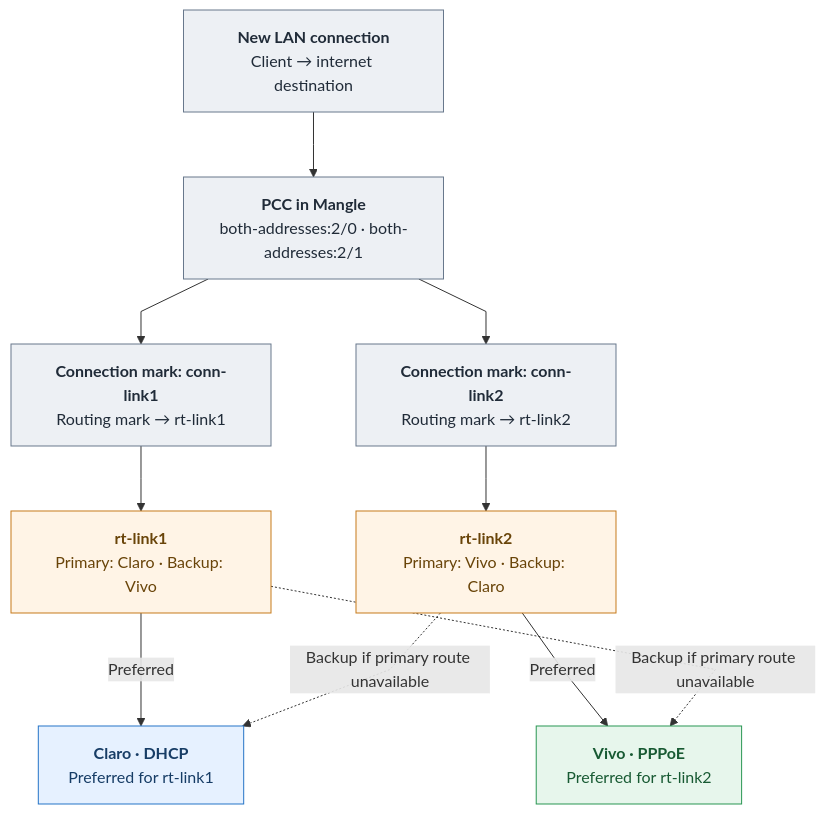
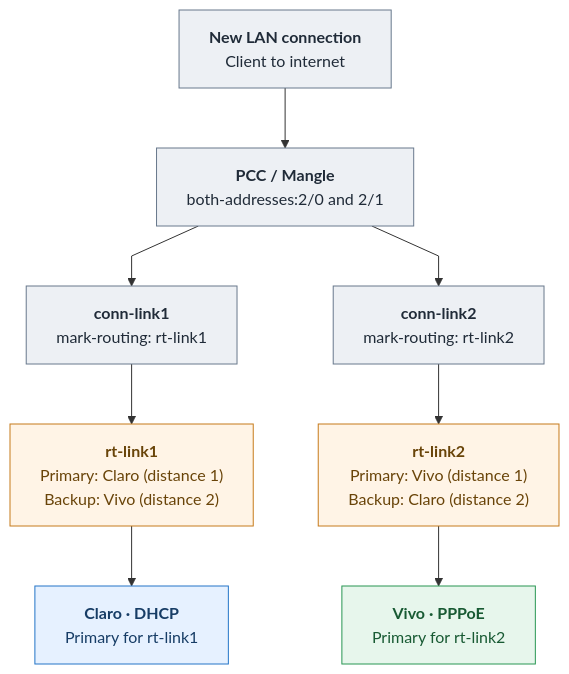
The diagram in docs/mermaid-pcc-failover-preview.md (london36/mikrotik-dualwan-pcc-failover-monitoring), drawn with Mermaid before and after one commit. The commit also changed other lines of this file, not shown here.

Commit message:
docs: simplify PCC failover Mermaid layout and remove crossing edges

````diff
--- a/docs/mermaid-pcc-failover-preview.md
+++ b/docs/mermaid-pcc-failover-preview.md
@@ -5,31 +5,32 @@
 ```mermaid
-%%{init: {"flowchart": {"minNodeWidth": 250, "nodeSpacing": 85, "rankSpacing": 65, "curve": "linear"}}}%%
+%%{init: {"flowchart": {"minNodeWidth": 230, "nodeSpacing": 65, "rankSpacing": 60, "curve": "linear"}}}%%
 flowchart TB
-    LAN["<b>New LAN connection</b><br/>Client → internet destination"]
-    PCC["<b>PCC in Mangle</b><br/>both-addresses:2/0 · both-addresses:2/1"]
-    A["<b>Connection mark: conn-link1</b><br/>Routing mark → rt-link1"]
-    B["<b>Connection mark: conn-link2</b><br/>Routing mark → rt-link2"]
-    R1["<b>rt-link1</b><br/>Primary: Claro · Backup: Vivo"]
-    R2["<b>rt-link2</b><br/>Primary: Vivo · Backup: Claro"]
-    C["<b>Claro · DHCP</b><br/>Preferred for rt-link1"]
-    V["<b>Vivo · PPPoE</b><br/>Preferred for rt-link2"]
+    LAN["<b>New LAN connection</b><br/>Client to internet"]
+    PCC["<b>PCC / Mangle</b><br/>both-addresses:2/0 and 2/1"]
+
+    A["<b>conn-link1</b><br/>mark-routing: rt-link1"]
+    B["<b>conn-link2</b><br/>mark-routing: rt-link2"]
+
+    R1["<b>rt-link1</b><br/>Primary: Claro (distance 1)<br/>Backup: Vivo (distance 2)"]
+    R2["<b>rt-link2</b><br/>Primary: Vivo (distance 1)<br/>Backup: Claro (distance 2)"]
+
+    C["<b>Claro · DHCP</b><br/>Primary for rt-link1"]
+    V["<b>Vivo · PPPoE</b><br/>Primary for rt-link2"]
 
     LAN --> PCC
     PCC --> A
     PCC --> B
     A --> R1
     B --> R2
-    R1 -->|Preferred| C
-    R2 -->|Preferred| V
-    R1 -.->|Backup if primary route unavailable| V
-    R2 -.->|Backup if primary route unavailable| C
+    R1 --> C
+    R2 --> V
 
     classDef neutral fill:#edf0f4,stroke:#68788c,color:#202b38
     classDef claro fill:#e6f1ff,stroke:#2474c7,color:#173d66
     classDef vivo fill:#e7f6ec,stroke:#299653,color:#185a33
     classDef routing fill:#fff4e6,stroke:#c67a1b,color:#694409
     class LAN,PCC,A,B neutral
     class R1,R2 routing
     class C claro
     class V vivo
 ```
````
